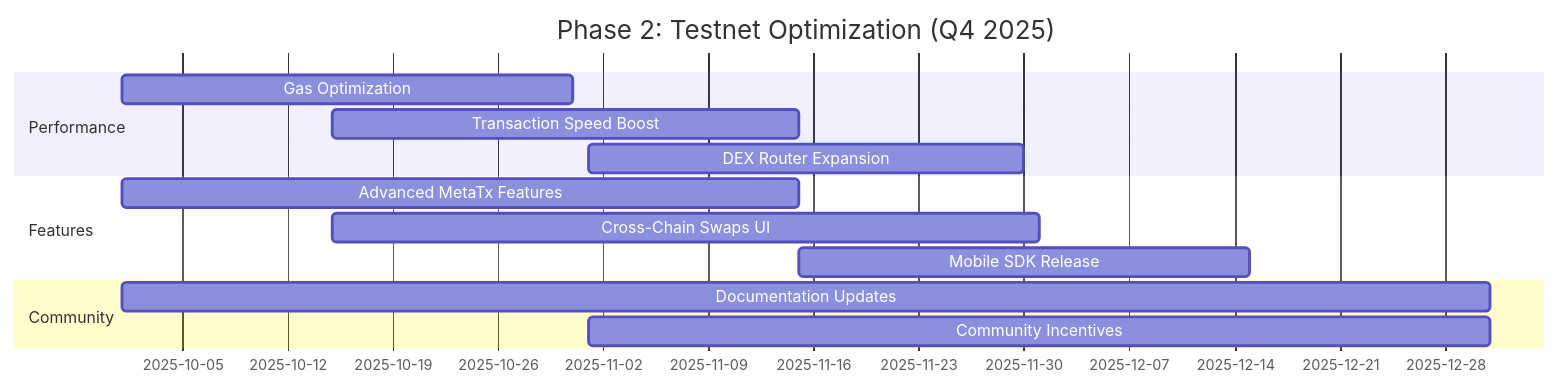
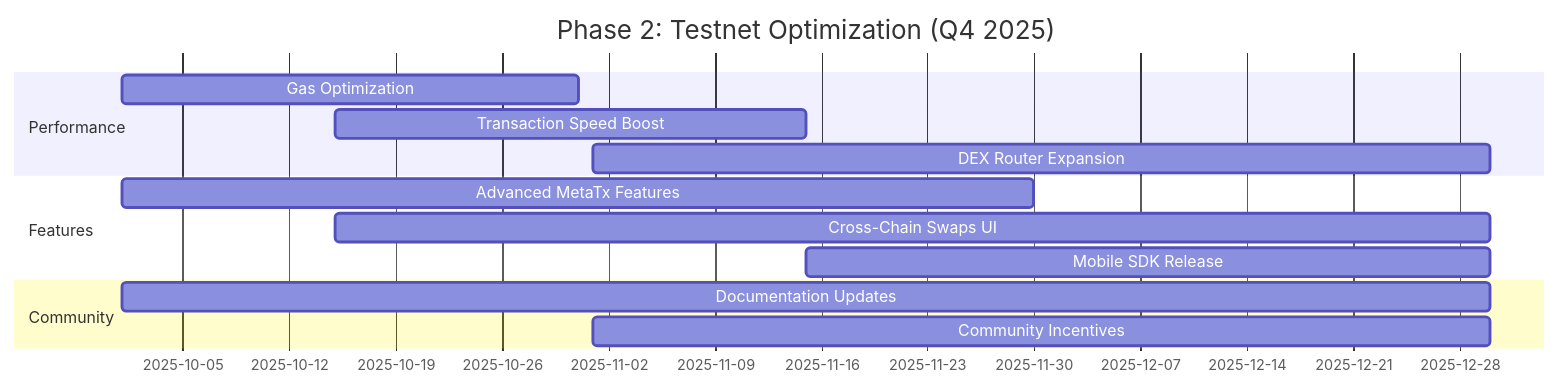
The first of 4 diagrams in ROADMAP.md (DINetworks/DI-U2U-Protocol), drawn with Mermaid before and after one commit. The commit also changed other lines of this file, not shown here.

````diff
--- a/ROADMAP.md
+++ b/ROADMAP.md
@@ -36,16 +36,16 @@
 ```mermaid
 gantt
     title Phase 2: Testnet Optimization (Q4 2025)
     dateFormat YYYY-MM-DD
     section Performance
     Gas Optimization         :2025-10-01, 2025-10-31
     Transaction Speed Boost  :2025-10-15, 2025-11-15
-    DEX Router Expansion     :2025-11-01, 2025-11-30
+    DEX Router Expansion     :2025-11-01, 2025-12-30
     section Features
-    Advanced MetaTx Features :2025-10-01, 2025-11-15
-    Cross-Chain Swaps UI    :2025-10-15, 2025-12-01
-    Mobile SDK Release       :2025-11-15, 2025-12-15
+    Advanced MetaTx Features :2025-10-01, 2025-11-30
+    Cross-Chain Swaps UI    :2025-10-15, 2025-12-30
+    Mobile SDK Release       :2025-11-15, 2025-12-30
     section Community
-    Documentation Updates    :2025-10-01, 2025-12-31
-    Community Incentives     :2025-11-01, 2025-12-31
+    Documentation Updates    :2025-10-01, 2025-12-30
+    Community Incentives     :2025-11-01, 2025-12-30
 ```
````
